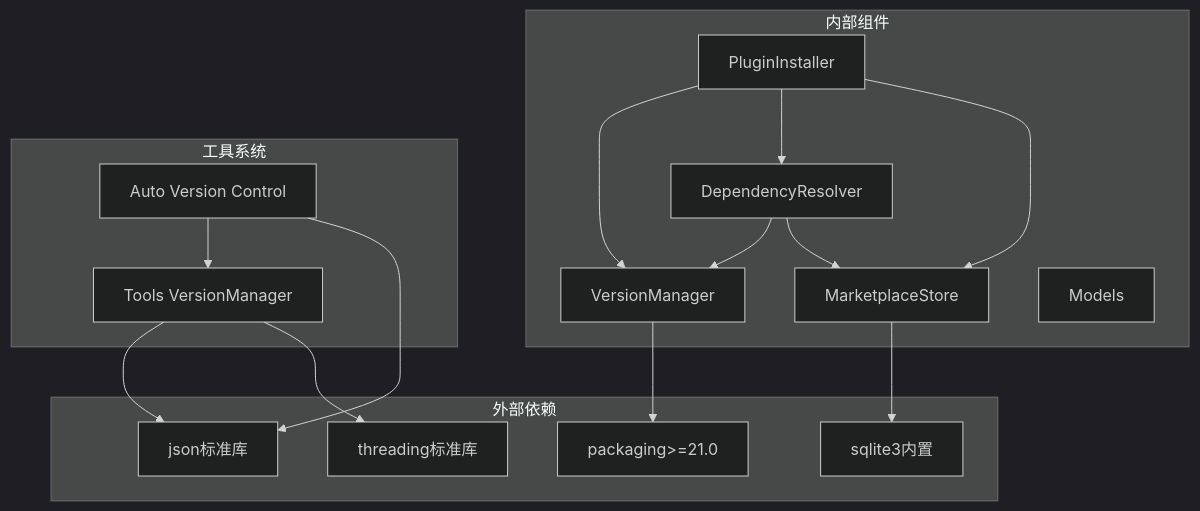
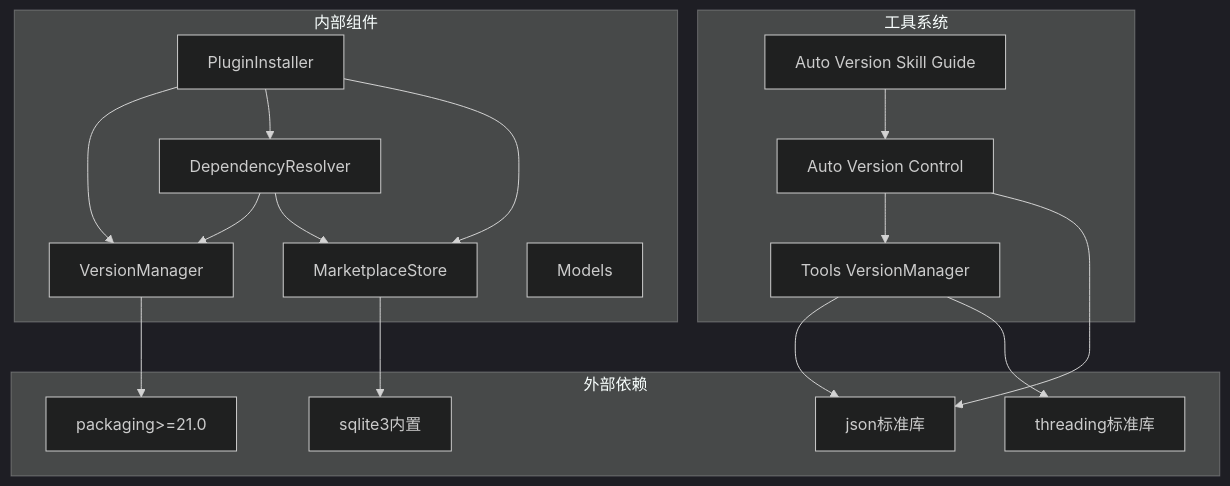
The sixth of 6 diagrams in .qoder/repowiki/zh/content/开发与测试/版本管理系统.md (JieGaoPrinceton/NecoRAG), drawn with Mermaid (dark theme) before and after one commit. The commit also changed other lines of this file and 4 other files, not shown here.

````diff
--- a/.qoder/repowiki/zh/content/开发与测试/版本管理系统.md
+++ b/.qoder/repowiki/zh/content/开发与测试/版本管理系统.md
@@ -257,31 +278,33 @@
 ```mermaid
 graph TB
 subgraph "外部依赖"
 PACKAGING[packaging>=21.0]
 SQLITE[sqlite3内置]
 JSON[json标准库]
 THREADING[threading标准库]
 end
 subgraph "内部组件"
 VM[VersionManager]
 IM[PluginInstaller]
 DR[DependencyResolver]
 SM[MarketplaceStore]
 DM[Models]
 end
 subgraph "工具系统"
 TVM[Tools VersionManager]
 AVC[Auto Version Control]
+AVC_GUIDE[Auto Version Skill Guide]
 end
 VM --> PACKAGING
 DR --> VM
 DR --> SM
 IM --> VM
 IM --> DR
 IM --> SM
 SM --> SQLITE
 TVM --> JSON
 TVM --> THREADING
 AVC --> TVM
 AVC --> JSON
+AVC_GUIDE --> AVC
 ```
````
